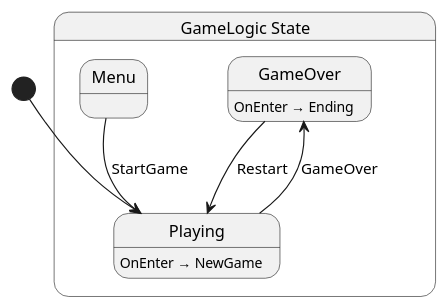
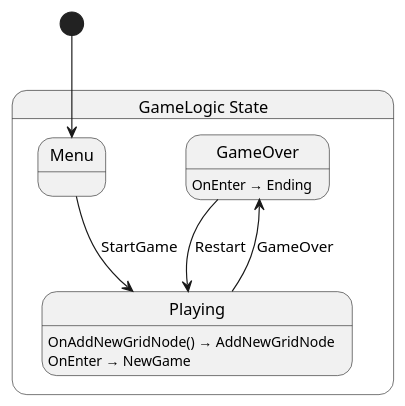
One commit to stranne/Vertex changed the diagram in src/Game/State/GameLogic.g.puml. Above: the diagram before and after it, drawn with PlantUML. The commit also changed 12 other files, not shown here.

```diff
--- a/src/Game/State/GameLogic.g.puml
+++ b/src/Game/State/GameLogic.g.puml
@@ -1,16 +1,17 @@
 @startuml GameLogic
 state "GameLogic State" as Vertex_Game_State_GameLogic_State {
   state "GameOver" as Vertex_Game_State_GameLogic_State_GameOver
   state "Menu" as Vertex_Game_State_GameLogic_State_Menu
   state "Playing" as Vertex_Game_State_GameLogic_State_Playing
 }
 
 Vertex_Game_State_GameLogic_State_GameOver --> Vertex_Game_State_GameLogic_State_Playing : Restart
 Vertex_Game_State_GameLogic_State_Menu --> Vertex_Game_State_GameLogic_State_Playing : StartGame
 Vertex_Game_State_GameLogic_State_Playing --> Vertex_Game_State_GameLogic_State_GameOver : GameOver
 
 Vertex_Game_State_GameLogic_State_GameOver : OnEnter → Ending
+Vertex_Game_State_GameLogic_State_Playing : OnAddNewGridNode() → AddNewGridNode
 Vertex_Game_State_GameLogic_State_Playing : OnEnter → NewGame
 
-[*] --> Vertex_Game_State_GameLogic_State_Playing
+[*] --> Vertex_Game_State_GameLogic_State_Menu
 @enduml
```
